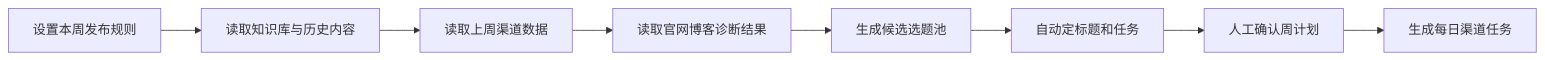
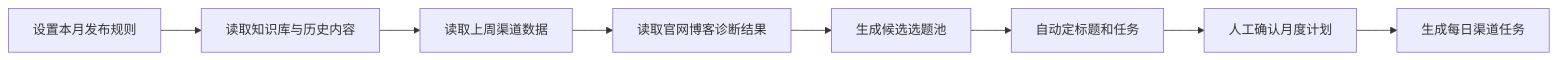
The third of 5 diagrams in docs/MVP-PRD1.md (1736280642-Star/gtm-content-growth-workbench), drawn with Mermaid before and after one commit. The commit also changed other lines of this file and 63 other files, not shown here.

````diff
--- a/docs/MVP-PRD1.md
+++ b/docs/MVP-PRD1.md
@@ -308,10 +300,10 @@
 ```mermaid
 flowchart LR
-    A["设置本周发布规则"] --> B["读取知识库与历史内容"]
+    A["设置本月发布规则"] --> B["读取知识库与历史内容"]
     B --> C["读取上周渠道数据"]
     C --> D["读取官网博客诊断结果"]
     D --> E["生成候选选题池"]
     E --> F["自动定标题和任务"]
-    F --> G["人工确认周计划"]
+    F --> G["人工确认月度计划"]
     G --> H["生成每日渠道任务"]
 ```
````
